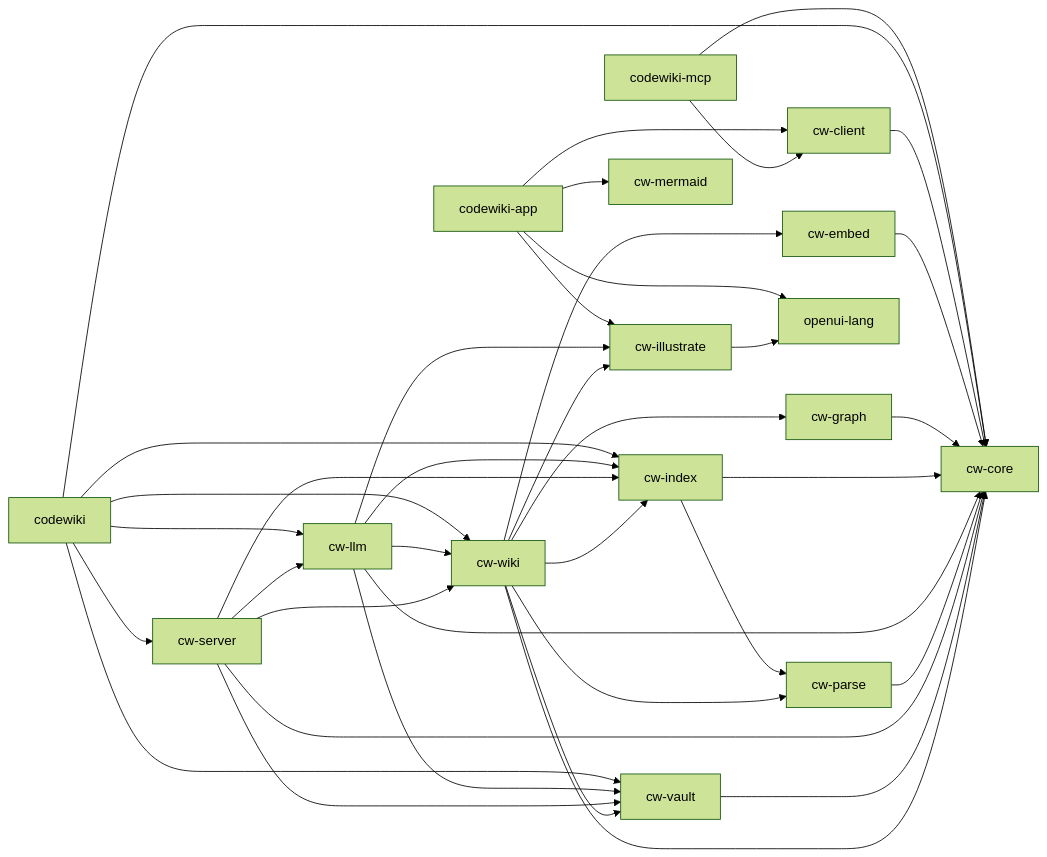
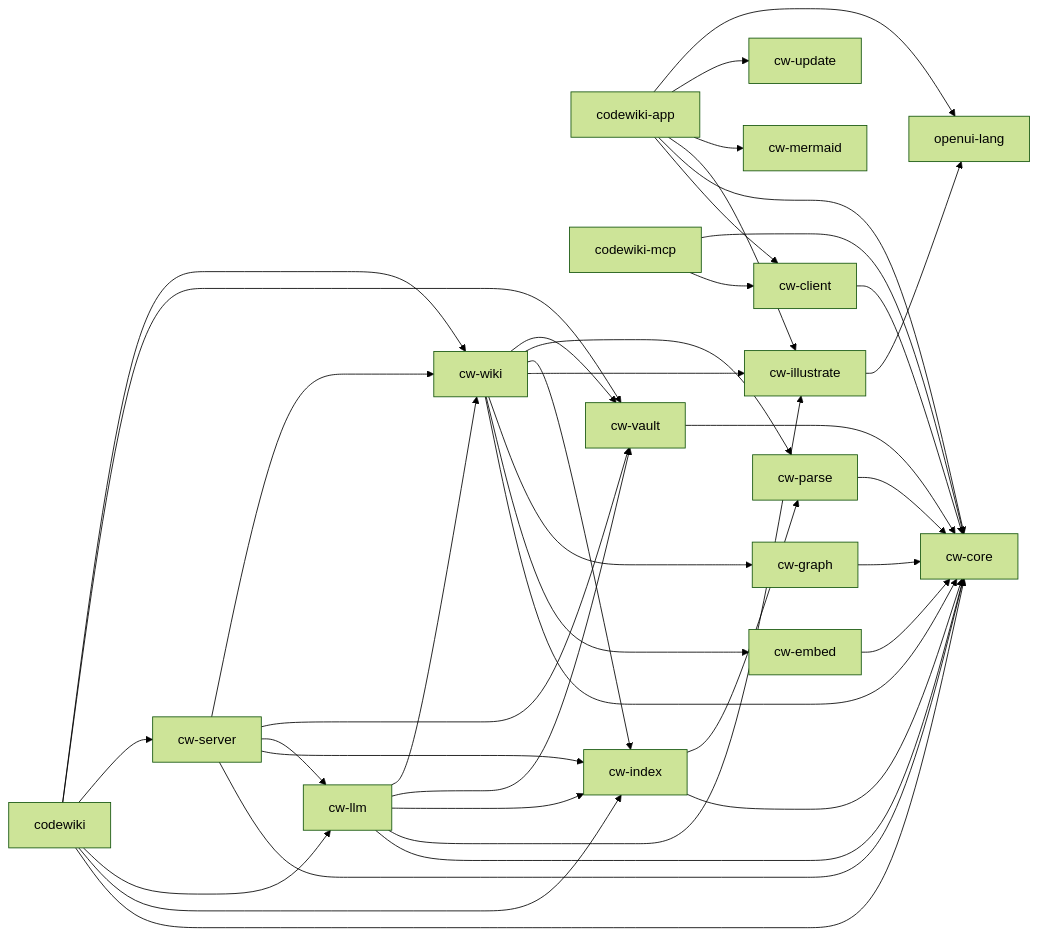
One commit to Fly-onlyone/CodeWiki changed the diagram in obsidian/00-Architecture/Crate Dependency Flow.md. Above: the diagram before and after it, drawn with Mermaid (forest theme). The commit also changed other lines of this file and 109 other files, not shown here.

````diff
--- a/obsidian/00-Architecture/Crate Dependency Flow.md
+++ b/obsidian/00-Architecture/Crate Dependency Flow.md
@@ -30,56 +31,59 @@
 ```mermaid
 flowchart LR
     n0[codewiki-app]
     n1[codewiki-mcp]
     n2[codewiki]
     n3[cw-client]
     n4[cw-core]
     n5[cw-embed]
     n6[cw-graph]
     n7[cw-illustrate]
     n8[cw-index]
     n9[cw-llm]
     n10[cw-mermaid]
     n11[cw-parse]
     n12[cw-server]
-    n13[cw-vault]
-    n14[cw-wiki]
-    n15[openui-lang]
+    n13[cw-update]
+    n14[cw-vault]
+    n15[cw-wiki]
+    n16[openui-lang]
     n0 --> n3
+    n0 --> n4
     n0 --> n7
     n0 --> n10
-    n0 --> n15
+    n0 --> n13
+    n0 --> n16
     n1 --> n3
     n1 --> n4
     n2 --> n4
     n2 --> n8
     n2 --> n9
     n2 --> n12
-    n2 --> n13
     n2 --> n14
+    n2 --> n15
     n3 --> n4
     n5 --> n4
     n6 --> n4
-    n7 --> n15
+    n7 --> n16
     n8 --> n4
     n8 --> n11
     n9 --> n4
     n9 --> n7
     n9 --> n8
-    n9 --> n13
     n9 --> n14
+    n9 --> n15
     n11 --> n4
     n12 --> n4
     n12 --> n8
     n12 --> n9
-    n12 --> n13
     n12 --> n14
-    n13 --> n4
+    n12 --> n15
     n14 --> n4
-    n14 --> n5
-    n14 --> n6
-    n14 --> n7
-    n14 --> n8
-    n14 --> n11
-    n14 --> n13
+    n15 --> n4
+    n15 --> n5
+    n15 --> n6
+    n15 --> n7
+    n15 --> n8
+    n15 --> n11
+    n15 --> n14
 ```
````
